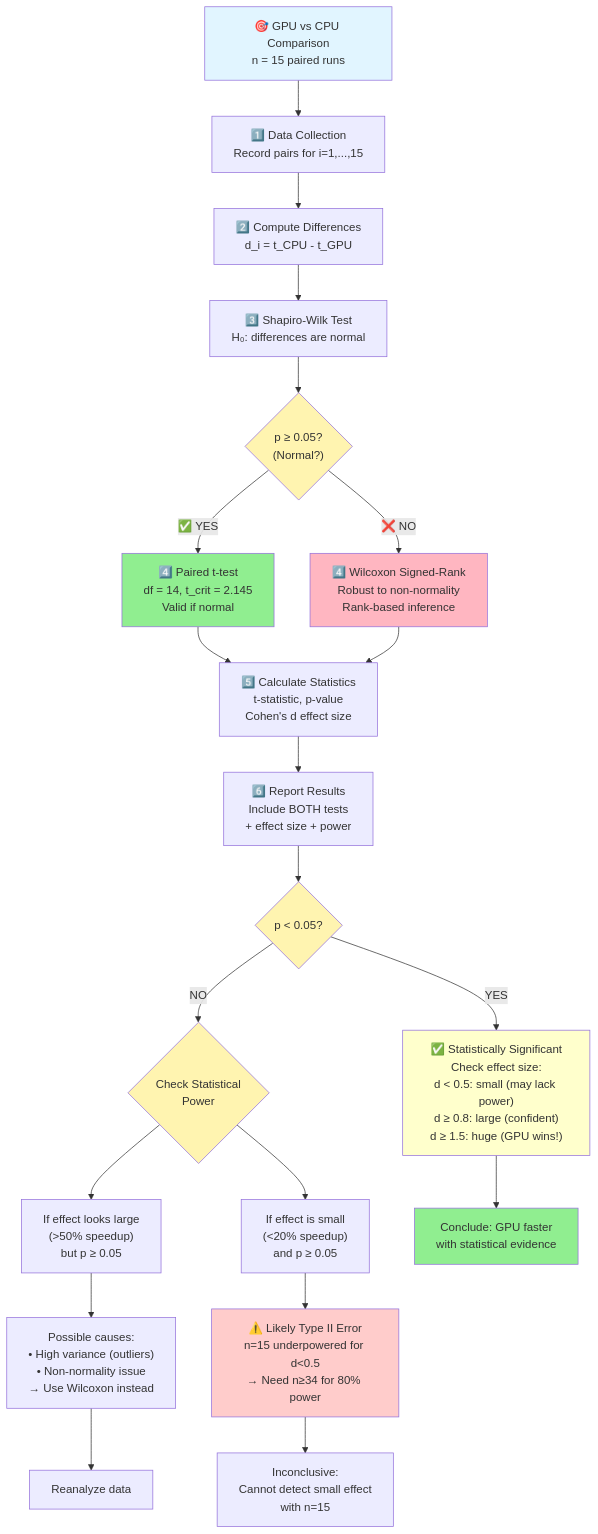
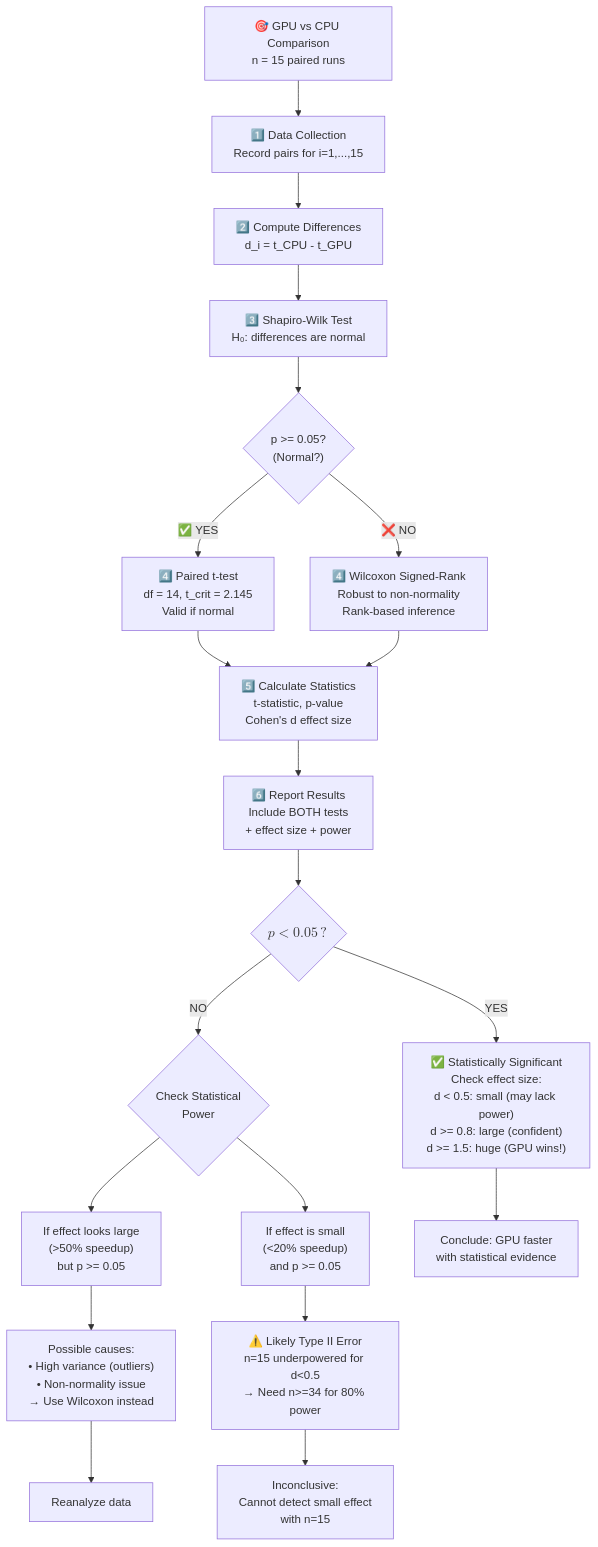
One commit to lucasgaldinos/gpu_accelerated changed the third of 10 diagrams in documentation/technical_decisions/statistical_tests_comprehensive_guide.md. Above: the diagram before and after it, drawn with Mermaid. The commit also changed other lines of this file and 391 other files, not shown here.

````diff
--- a/documentation/technical_decisions/statistical_tests_comprehensive_guide.md
+++ b/documentation/technical_decisions/statistical_tests_comprehensive_guide.md
@@ -1453,45 +2399,36 @@
 ```mermaid
 flowchart TD
     Start["🎯 GPU vs CPU Comparison<br/>n = 15 paired runs"]
     Start --> Collect["1️⃣ Data Collection<br/>Record pairs for i=1,...,15"]
-    
+
     Collect --> Diff["2️⃣ Compute Differences<br/>d_i = t_CPU - t_GPU"]
     Diff --> Shapiro["3️⃣ Shapiro-Wilk Test<br/>H₀: differences are normal"]
-    
-    Shapiro --> NormalQ{"p ≥ 0.05?<br/>(Normal?)"}
-    
+
+    Shapiro --> NormalQ{"p >= 0.05?<br/>(Normal?)"}
+
     NormalQ -->|"✅ YES"| UseTTest["4️⃣ Paired t-test<br/>df = 14, t_crit = 2.145<br/>Valid if normal"]
     NormalQ -->|"❌ NO"| UseWilcoxon["4️⃣ Wilcoxon Signed-Rank<br/>Robust to non-normality<br/>Rank-based inference"]
-    
+
     UseTTest --> CalcStats["5️⃣ Calculate Statistics<br/>t-statistic, p-value<br/>Cohen's d effect size"]
     UseWilcoxon --> CalcStats
-    
+
     CalcStats --> Report["6️⃣ Report Results<br/>Include BOTH tests<br/>+ effect size + power"]
-    
-    Report --> Interpret{"p < 0.05?"}
-    
-    Interpret -->|"YES"| CheckEffect["✅ Statistically Significant<br/>Check effect size:<br/>d < 0.5: small (may lack power)<br/>d ≥ 0.8: large (confident)<br/>d ≥ 1.5: huge (GPU wins!)"]
-    
+
+    Report --> Interpret{"$$p \lt 0.05?$$"}
+
+    Interpret -->|"YES"| CheckEffect["✅ Statistically Significant<br/>Check effect size:<br/>d < 0.5: small (may lack power)<br/>d >= 0.8: large (confident)<br/>d >= 1.5: huge (GPU wins!)"]
+
     Interpret -->|"NO"| CheckPower{"Check Statistical<br/>Power"}
-    
-    CheckPower --> LargeEffect["If effect looks large<br/>(>50% speedup)<br/>but p ≥ 0.05"]
-    CheckPower --> SmallEffect["If effect is small<br/>(<20% speedup)<br/>and p ≥ 0.05"]
-    
+
+    CheckPower --> LargeEffect["If effect looks large<br/>(>50% speedup)<br/>but p >= 0.05"]
+    CheckPower --> SmallEffect["If effect is small<br/>(<20% speedup)<br/>and p >= 0.05"]
+
     LargeEffect --> TypeIorOutlier["Possible causes:<br/>• High variance (outliers)<br/>• Non-normality issue<br/>→ Use Wilcoxon instead"]
-    
-    SmallEffect --> TypeII["⚠️ Likely Type II Error<br/>n=15 underpowered for d<0.5<br/>→ Need n≥34 for 80% power"]
-    
+
+    SmallEffect --> TypeII["⚠️ Likely Type II Error<br/>n=15 underpowered for d<0.5<br/>→ Need n>=34 for 80% power"]
+
     CheckEffect --> Conclude["Conclude: GPU faster<br/>with statistical evidence"]
     TypeIorOutlier --> Reanalyze["Reanalyze data"]
     TypeII --> ConcludeInconclusive["Inconclusive:<br/>Cannot detect small effect<br/>with n=15"]
-    
-    style Start fill:#e1f5ff
-    style UseTTest fill:#90EE90
-    style UseWilcoxon fill:#FFB6C1
-    style NormalQ fill:#FFF4B0
-    style Interpret fill:#FFF4B0
-    style CheckPower fill:#FFF4B0
-    style CheckEffect fill:#FFFFCC
-    style TypeII fill:#FFCCCB
-    style Conclude fill:#90EE90
+
 ```
````
